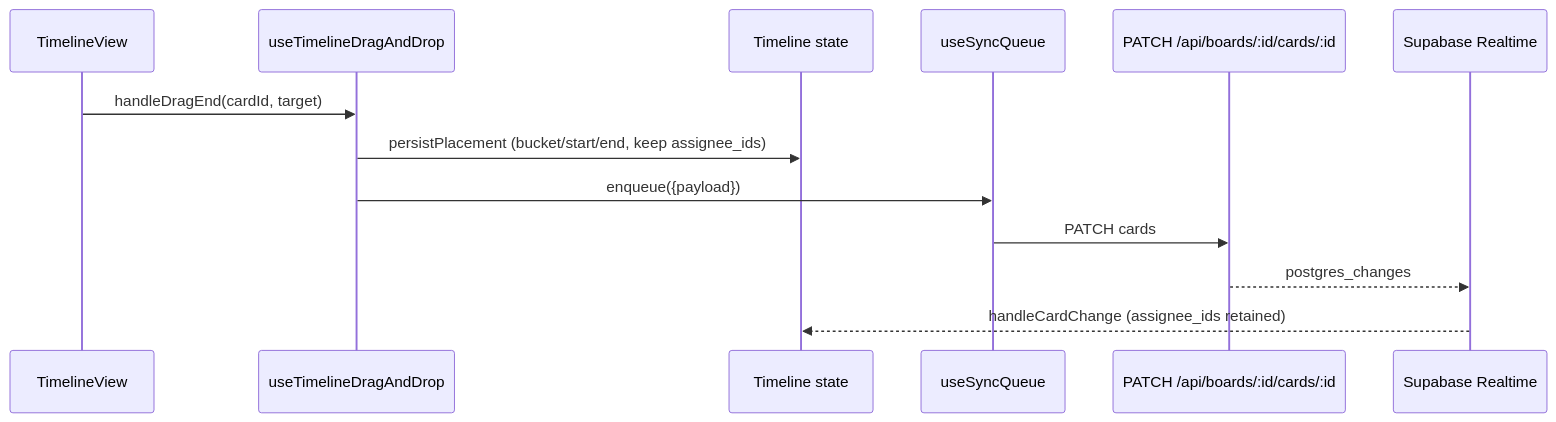
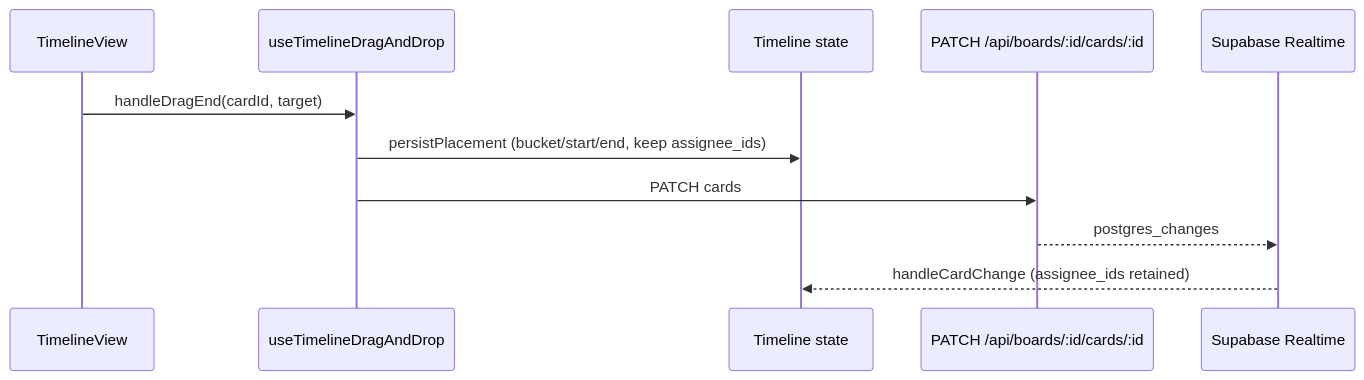
Before and after one commit to my151ae/taesk: the second of 3 diagrams in docs/spec/architecture.md, drawn with Mermaid. The commit also changed other lines of this file and 19 other files, not shown here.

Commit message:
Refactor timeline screen drag and modal workflows

````diff
--- a/docs/spec/architecture.md
+++ b/docs/spec/architecture.md
@@ -176,16 +184,14 @@
 ```mermaid
 sequenceDiagram
   participant UI as TimelineView
   participant DnD as useTimelineDragAndDrop
   participant State as Timeline state
-  participant Sync as useSyncQueue
   participant API as PATCH /api/boards/:id/cards/:id
   participant RT as Supabase Realtime
 
   UI->>DnD: handleDragEnd(cardId, target)
   DnD->>State: persistPlacement (bucket/start/end, keep assignee_ids)
-  DnD->>Sync: enqueue({payload})
-  Sync->>API: PATCH cards
+  DnD->>API: PATCH cards
   API-->>RT: postgres_changes
   RT-->>State: handleCardChange (assignee_ids retained)
 ```
````
